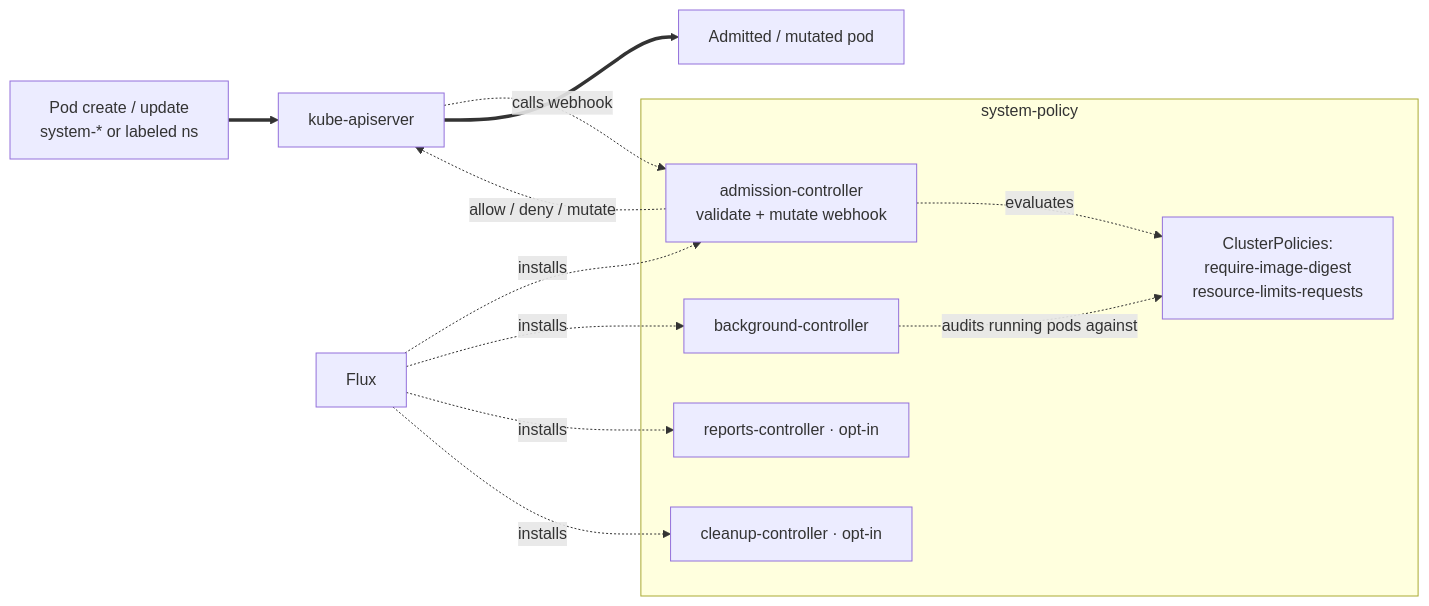
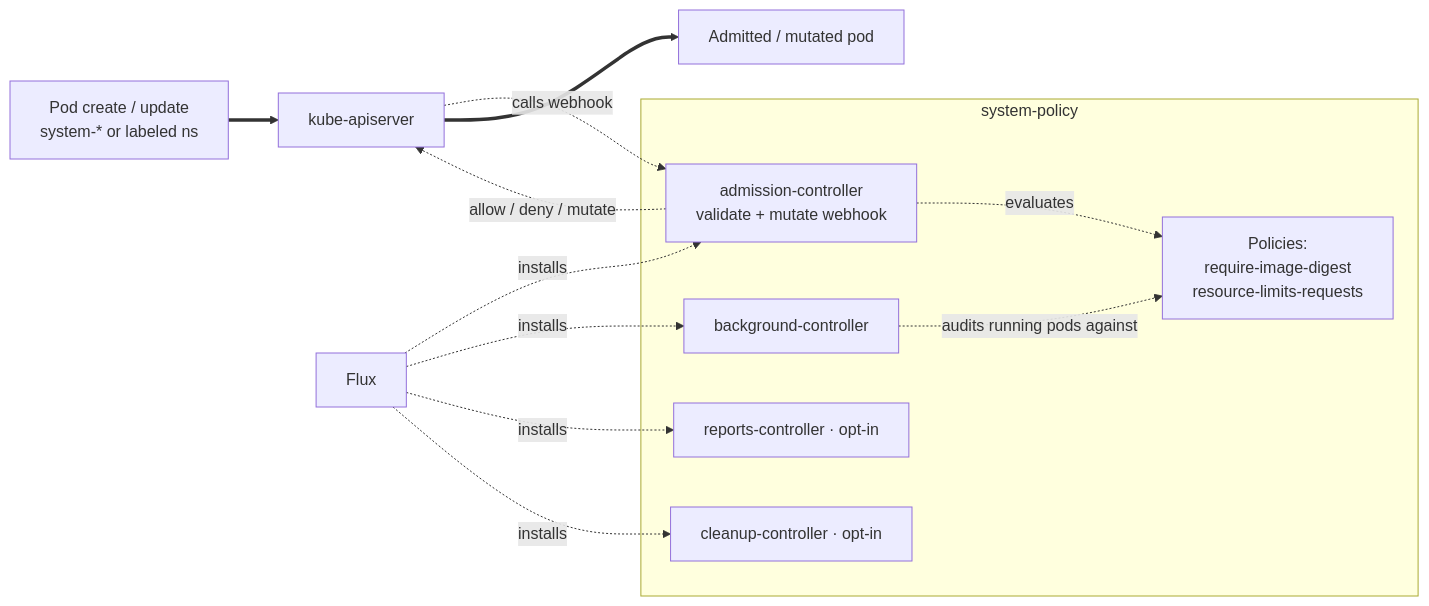
The diagram in kustomize/policy/README.md (windsorcli/core), drawn with Mermaid before and after one commit. The commit also changed other lines of this file and 27 other files, not shown here.

First line of the commit message:
refactor(policy): migrate ClusterPolicy resources to policies.kyverno.io

````diff
--- a/kustomize/policy/README.md
+++ b/kustomize/policy/README.md
@@ -23,22 +24,22 @@
 ```mermaid
 flowchart LR
   req[Pod create / update<br/>system-* or labeled ns]
   api[kube-apiserver]
   pod[Admitted / mutated pod]
 
   subgraph systempolicy[system-policy]
     admission[admission-controller<br/>validate + mutate webhook]
     background[background-controller]
     reports[reports-controller · opt-in]
     cleanup[cleanup-controller · opt-in]
-    policies[ClusterPolicies:<br/>require-image-digest<br/>resource-limits-requests]
+    policies[Policies:<br/>require-image-digest<br/>resource-limits-requests]
   end
 
   req ==> api
   api -. calls webhook .-> admission
   admission -. evaluates .-> policies
   admission -. allow / deny / mutate .-> api
   api ==> pod
   background -. audits running pods against .-> policies
   flux[Flux] -. installs .-> admission & background & reports & cleanup
 ```
````
